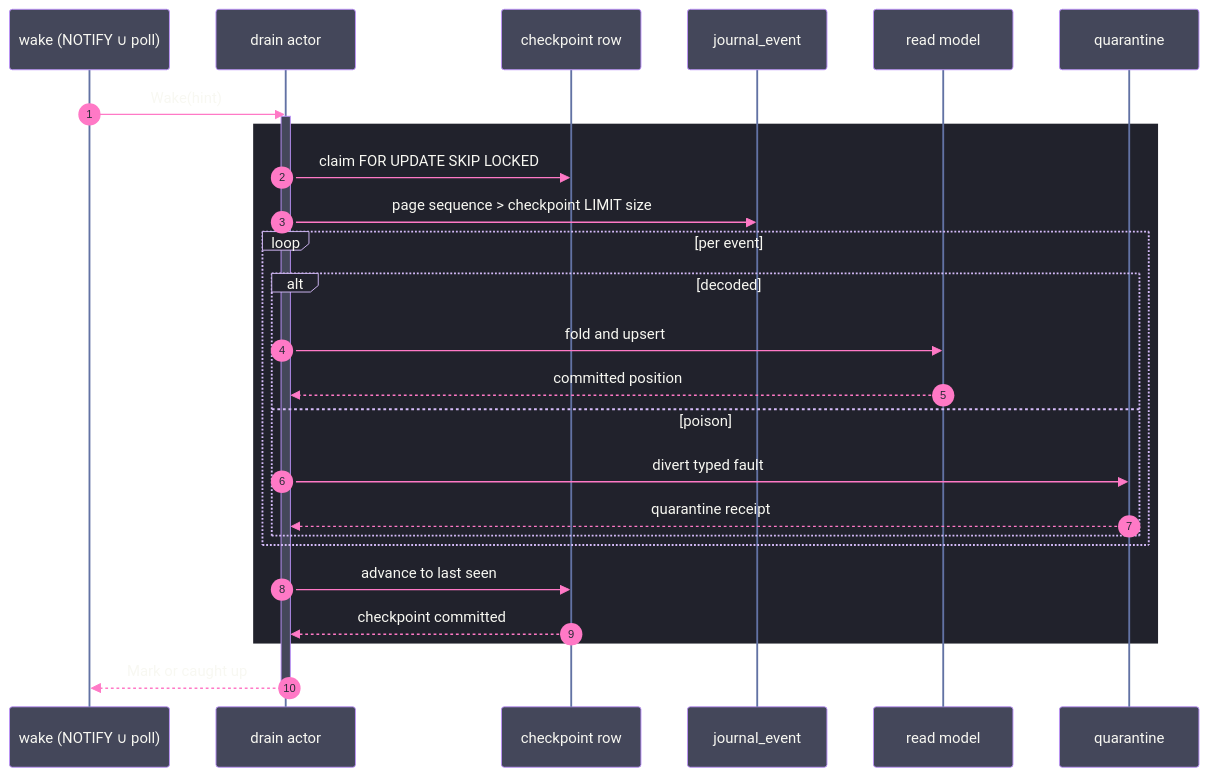
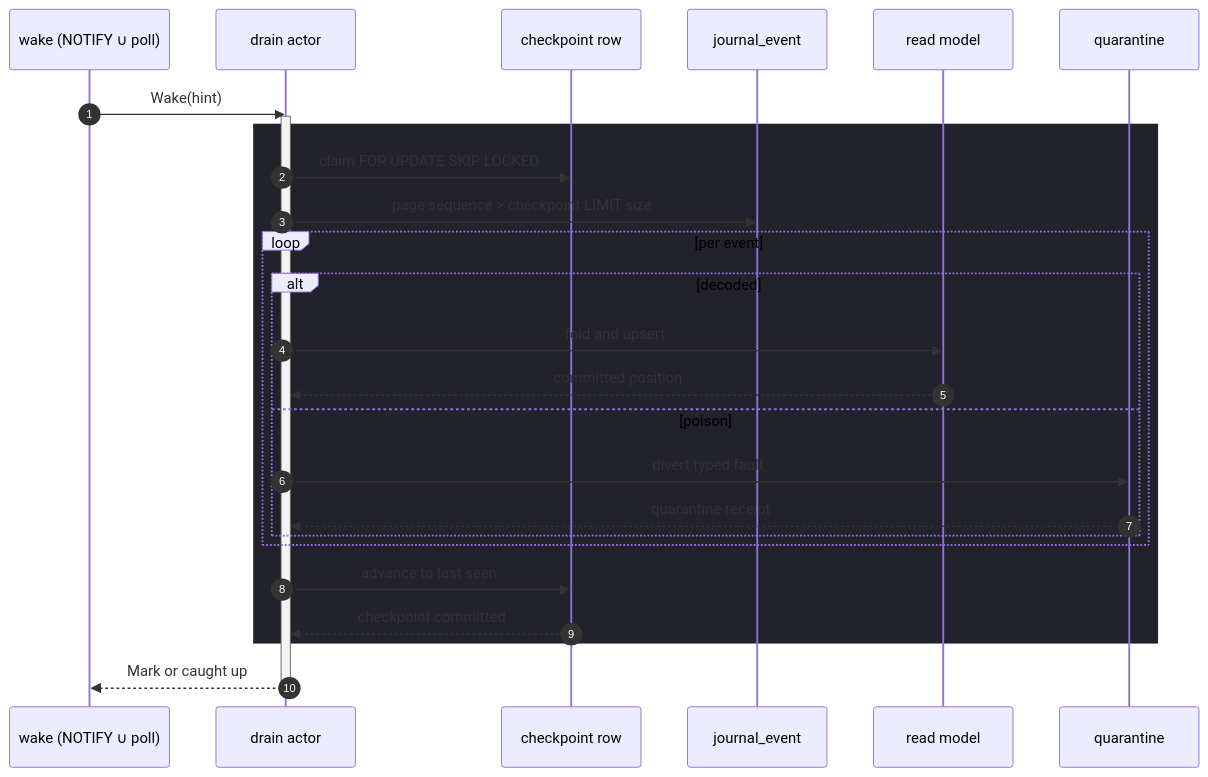
One commit to bsamiee/Rasm changed the diagram in libs/typescript/data/.planning/read/fold.md. Above: the diagram before and after it, drawn with Mermaid. The commit also changed other lines of this file and 324 other files, not shown here.

````diff
--- a/libs/typescript/data/.planning/read/fold.md
+++ b/libs/typescript/data/.planning/read/fold.md
@@ -188,61 +188,31 @@
 ```mermaid conceptual
----
-config:
-  theme: base
-  look: classic
-  themeVariables:
-    darkMode: true
-    fontFamily: "SF Mono, Menlo, Cascadia Mono, Segoe UI Mono, Consolas, monospace"
-    useGradient: false
-    dropShadow: "none"
-    background: "#282A36"
-    primaryColor: "#44475A"
-    primaryTextColor: "#F8F8F2"
-    noteBkgColor: "#44475A"
-    noteTextColor: "#F8F8F2"
-    noteBorderColor: "#6272A4"
-    actorBkg: "#44475A"
-    actorBorder: "#BD93F9"
-    actorTextColor: "#F8F8F2"
-    actorLineColor: "#6272A4"
-    signalColor: "#FF79C6"
-    signalTextColor: "#F8F8F2"
-    sequenceNumberColor: "#282A36"
-    activationBkgColor: "#44475A"
-    activationBorderColor: "#BD93F9"
-    loopTextColor: "#F8F8F2"
-    labelBoxBkgColor: "#21222C"
-    labelBoxBorderColor: "#D6BCFA"
-    labelTextColor: "#F8F8F2"
-  themeCSS: "text.actor tspan{font-size:13px;font-weight:600}.messageText{font-size:12px;font-weight:500}.noteText{font-size:12px}.loopText,.labelText{font-size:12px;font-weight:500}.messageLine0{stroke-width:2px}.messageLine1{stroke-width:1.5px;stroke-dasharray:4 6}.actor{stroke-width:1.5px}rect.actor{filter:none!important}[id$='-filled-head'] path{fill:#FF79C6;stroke:#FF79C6}"
----
 sequenceDiagram
   accTitle: Projection drain transaction
   accDescr: A wake drives one claimed journal page through fold, quarantine, and checkpoint advancement.
   autonumber
   participant W as wake (NOTIFY ∪ poll)
   participant A as drain actor
   participant C as checkpoint row
   participant J as journal_event
   participant M as read model
   participant Q as quarantine
   W->>A: Wake(hint)
   activate A
   rect rgb(33, 34, 44)
     A->>C: claim FOR UPDATE SKIP LOCKED
     A->>J: page sequence > checkpoint LIMIT size
     loop per event
       alt decoded
         A->>M: fold and upsert
         M-->>A: committed position
       else poison
         A->>Q: divert typed fault
         Q-->>A: quarantine receipt
       end
     end
     A->>C: advance to last seen
     C-->>A: checkpoint committed
   end
   A-->>W: Mark or caught up
   deactivate A
 ```
````
